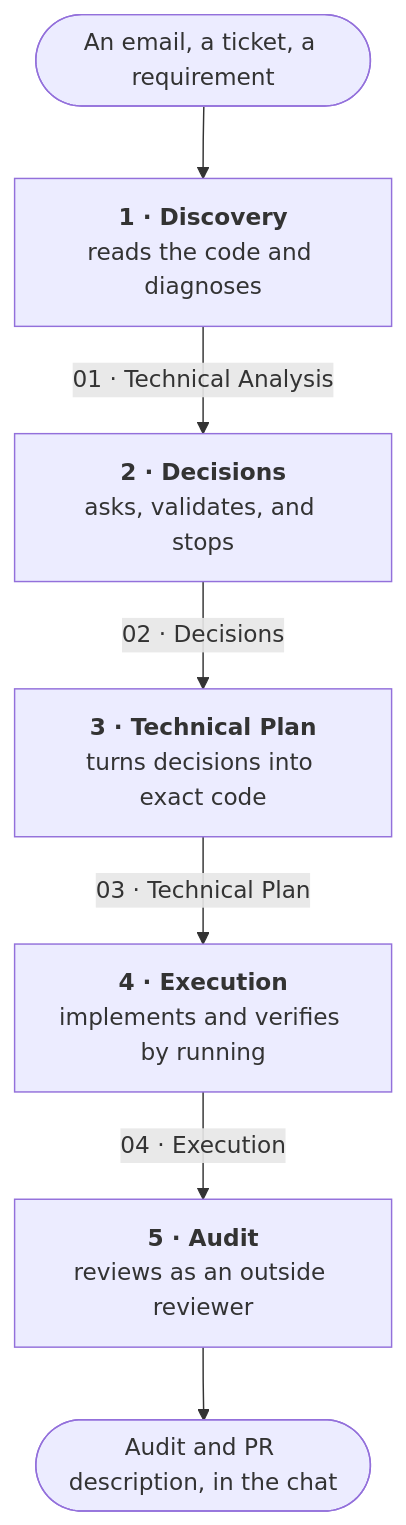
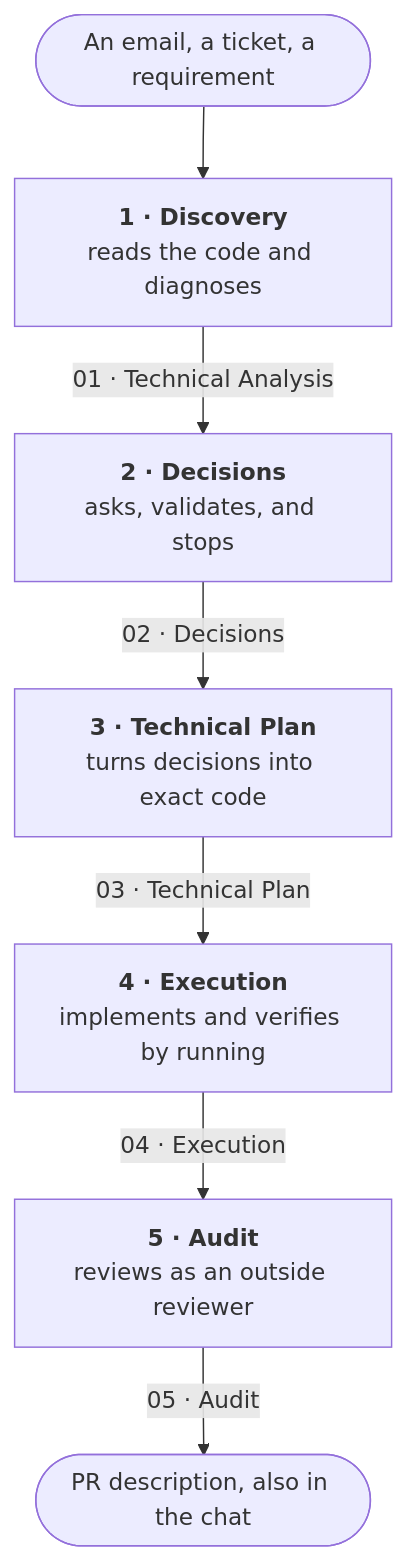
The diagram in README.md (Montse2308/mcp-phase-gate), drawn with Mermaid before and after one commit. The commit also changed other lines of this file and 3 other files, not shown here.

````diff
--- a/README.md
+++ b/README.md
@@ -17,15 +17,15 @@
 ```mermaid
 flowchart TD
     R([An email, a ticket, a requirement]) --> F1
     F1["<b>1 · Discovery</b><br/>reads the code and diagnoses"]
     F2["<b>2 · Decisions</b><br/>asks, validates, and stops"]
     F3["<b>3 · Technical Plan</b><br/>turns decisions into exact code"]
     F4["<b>4 · Execution</b><br/>implements and verifies by running"]
     F5["<b>5 · Audit</b><br/>reviews as an outside reviewer"]
 
     F1 -- "01 · Technical Analysis" --> F2
     F2 -- "02 · Decisions" --> F3
     F3 -- "03 · Technical Plan" --> F4
     F4 -- "04 · Execution" --> F5
-    F5 --> PR([Audit and PR description, in the chat])
+    F5 -- "05 · Audit" --> PR([PR description, also in the chat])
 ```
````
